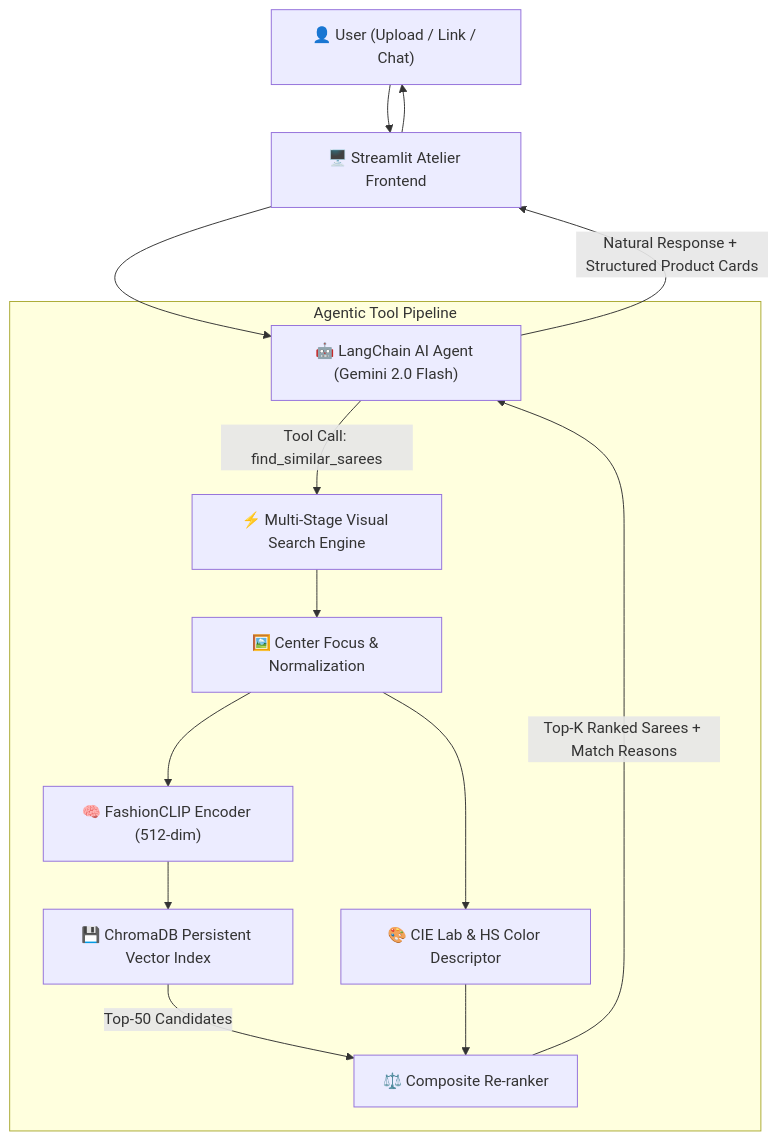
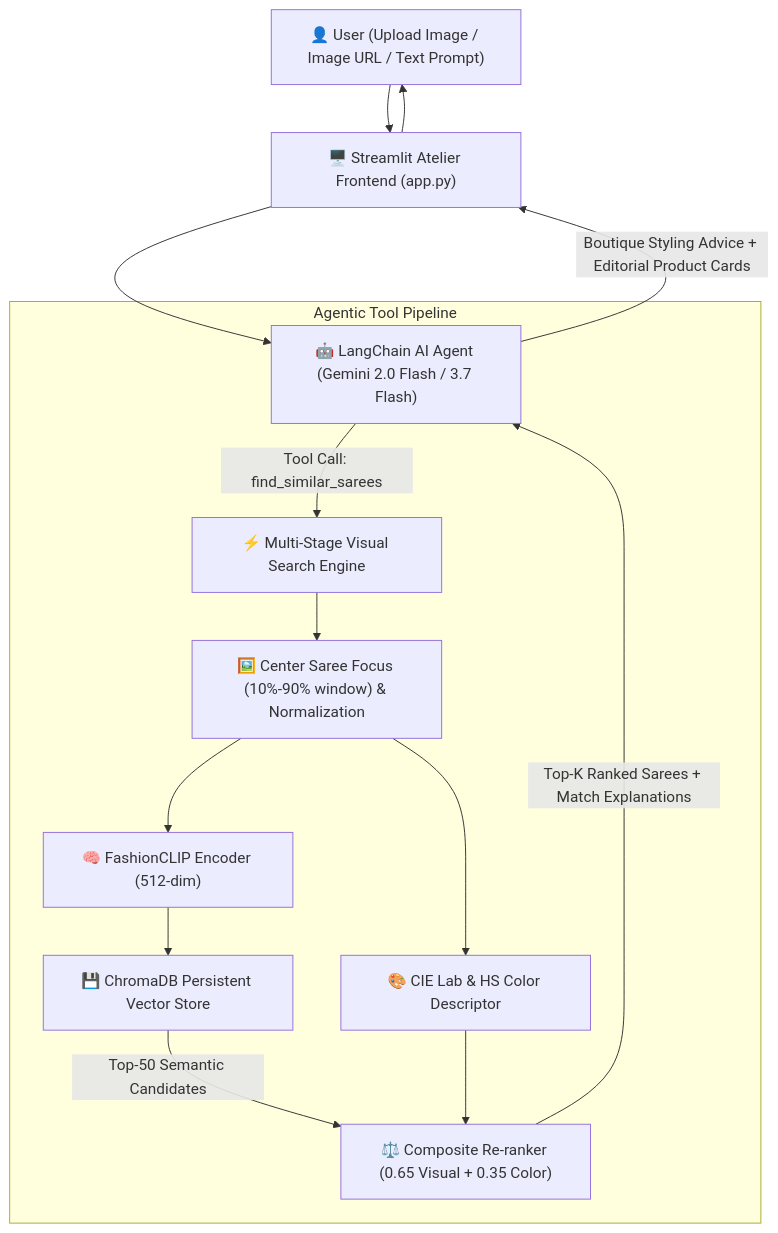
Before and after one commit to Lavn1sh/tailortalk-saree-search: the diagram in README.md, drawn with Mermaid. The commit also changed other lines of this file, not shown here.

Commit message:
Update README.md with Streamlit deployment details and submission links

````diff
--- a/README.md
+++ b/README.md
@@ -32,21 +33,21 @@
 ```mermaid
 graph TD
-    User["👤 User (Upload / Link / Chat)"] --> Frontend["🖥️ Streamlit Atelier Frontend"]
-    Frontend --> Agent["🤖 LangChain AI Agent (Gemini 2.0 Flash)"]
+    User["👤 User (Upload Image / Image URL / Text Prompt)"] --> Frontend["🖥️ Streamlit Atelier Frontend (app.py)"]
+    Frontend --> Agent["🤖 LangChain AI Agent (Gemini 2.0 Flash / 3.7 Flash)"]
     
     subgraph Agentic Tool Pipeline
         Agent -->|"Tool Call: find_similar_sarees"| SearchEngine["⚡ Multi-Stage Visual Search Engine"]
-        SearchEngine --> Preproc["🖼️ Center Focus & Normalization"]
+        SearchEngine --> Preproc["🖼️ Center Saree Focus (10%-90% window) & Normalization"]
         Preproc --> Embed["🧠 FashionCLIP Encoder (512-dim)"]
         Preproc --> ColorExtract["🎨 CIE Lab & HS Color Descriptor"]
         
-        Embed --> Chroma["💾 ChromaDB Persistent Vector Index"]
-        Chroma -->|"Top-50 Candidates"| Rerank["⚖️ Composite Re-ranker"]
+        Embed --> Chroma["💾 ChromaDB Persistent Vector Store"]
+        Chroma -->|"Top-50 Semantic Candidates"| Rerank["⚖️ Composite Re-ranker (0.65 Visual + 0.35 Color)"]
         ColorExtract --> Rerank
         
-        Rerank -->|"Top-K Ranked Sarees + Match Reasons"| Agent
+        Rerank -->|"Top-K Ranked Sarees + Match Explanations"| Agent
     end
     
-    Agent -->|"Natural Response + Structured Product Cards"| Frontend
+    Agent -->|"Boutique Styling Advice + Editorial Product Cards"| Frontend
     Frontend --> User
 ```
````
